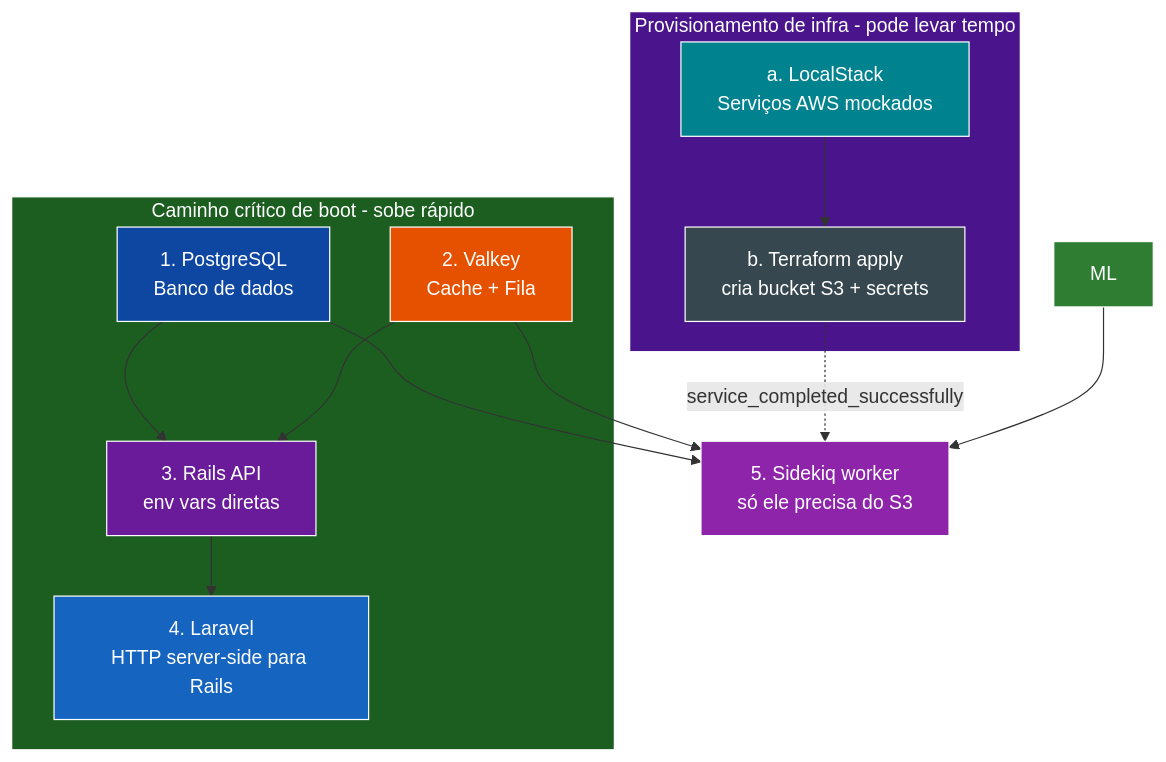
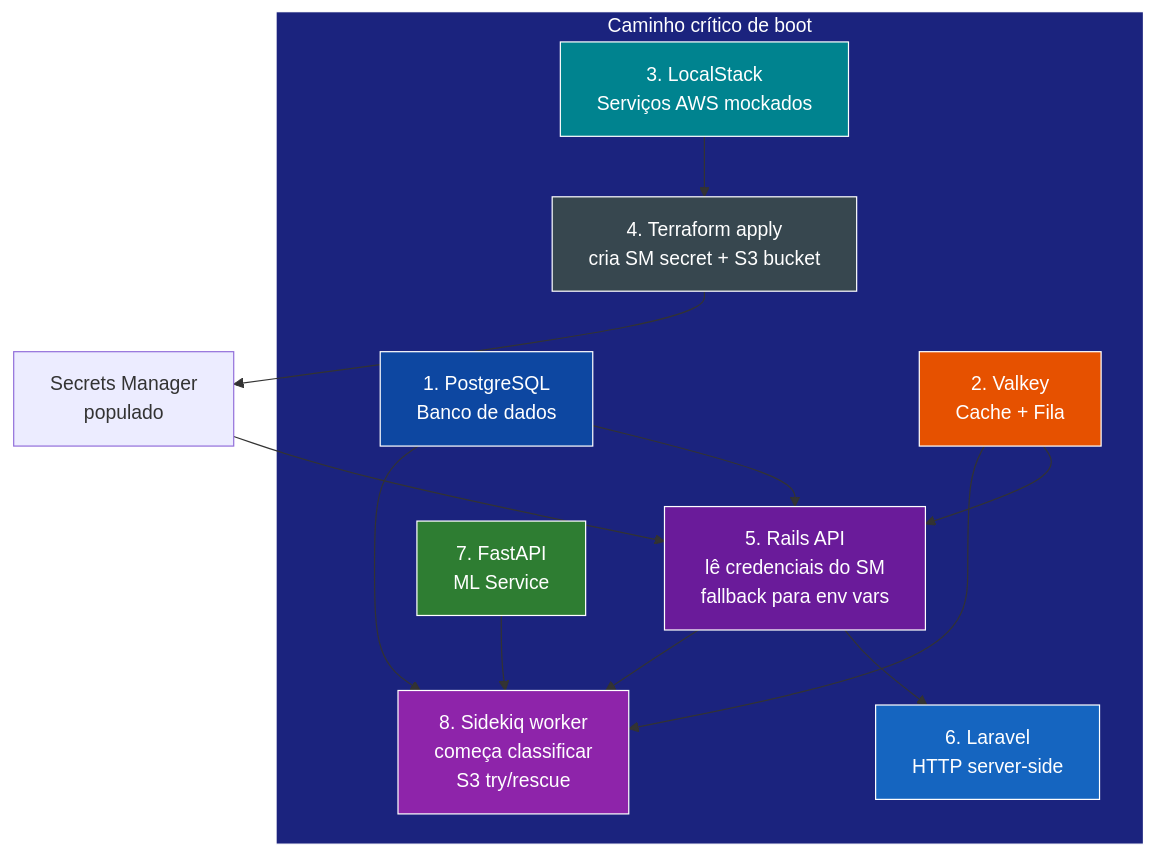
One commit to DessimA/tech-mind changed the fifth of 5 diagrams in docs/03-arquitetura.md. Above: the diagram before and after it, drawn with Mermaid. The commit also changed other lines of this file and 1 other file, not shown here.

Commit message:
docs(core): update RNF07, RNF09 and architecture (SM on boot, X-Forwarded-For, Sidekiq non-blocking)

````diff
--- a/docs/03-arquitetura.md
+++ b/docs/03-arquitetura.md
@@ -158,28 +160,34 @@
 ```mermaid
 flowchart TB
-    subgraph Critico [Caminho crítico de boot - sobe rápido]
-        PG[1. PostgreSQL<br/>Banco de dados] --> RAILS[3. Rails API<br/>env vars diretas]
-        VK[2. Valkey<br/>Cache + Fila] --> RAILS
-        RAILS --> FE[4. Laravel<br/>HTTP server-side para Rails]
+    subgraph Critico [Caminho crítico de boot]
+        PG[1. PostgreSQL<br/>Banco de dados]
+        VK[2. Valkey<br/>Cache + Fila]
+        LS[3. LocalStack<br/>Serviços AWS mockados]
+        TF[4. Terraform apply<br/>cria SM secret + S3 bucket]
+        RAILS[5. Rails API<br/>lê credenciais do SM<br/>fallback para env vars]
+        FE[6. Laravel<br/>HTTP server-side]
+        ML[7. FastAPI<br/>ML Service]
+        SQ[8. Sidekiq worker<br/>começa classificar<br/>S3 try/rescue]
     end
 
-    subgraph Provisionamento [Provisionamento de infra - pode levar tempo]
-        LS[a. LocalStack<br/>Serviços AWS mockados] --> TF[b. Terraform apply<br/>cria bucket S3 + secrets]
-    end
-
-    TF -.->|service_completed_successfully| SQ[5. Sidekiq worker<br/>só ele precisa do S3]
+    PG --> RAILS
+    VK --> RAILS
+    LS --> TF
+    TF --> SM[Secrets Manager<br/>populado]
+    SM --> RAILS
+    RAILS --> FE
+    RAILS --> SQ
+    VK --> SQ
     PG --> SQ
-    VK --> SQ
     ML --> SQ
 
-    style Critico fill:#1B5E20,color:#fff,stroke:#fff
+    style Critico fill:#1B237E,color:#fff,stroke:#fff
     style PG fill:#0D47A1,color:#fff,stroke:#fff
     style VK fill:#E65100,color:#fff,stroke:#fff
+    style LS fill:#00838F,color:#fff,stroke:#fff
+    style TF fill:#37474F,color:#fff,stroke:#fff
     style RAILS fill:#6A1B9A,color:#fff,stroke:#fff
     style FE fill:#1565C0,color:#fff,stroke:#fff
-    style Provisionamento fill:#4A148C,color:#fff,stroke:#fff
-    style LS fill:#00838F,color:#fff,stroke:#fff
-    style TF fill:#37474F,color:#fff,stroke:#fff
+    style ML fill:#2E7D32,color:#fff,stroke:#fff
     style SQ fill:#8E24AA,color:#fff,stroke:#fff
-    style ML fill:#2E7D32,color:#fff,stroke:#fff
 ```
````
